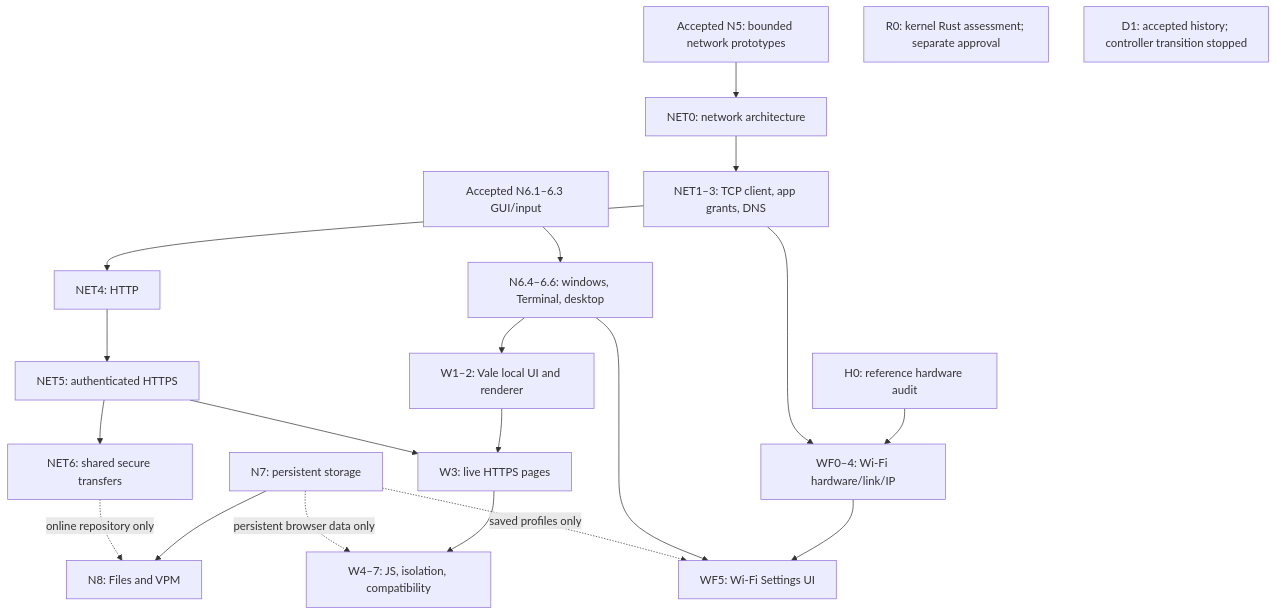
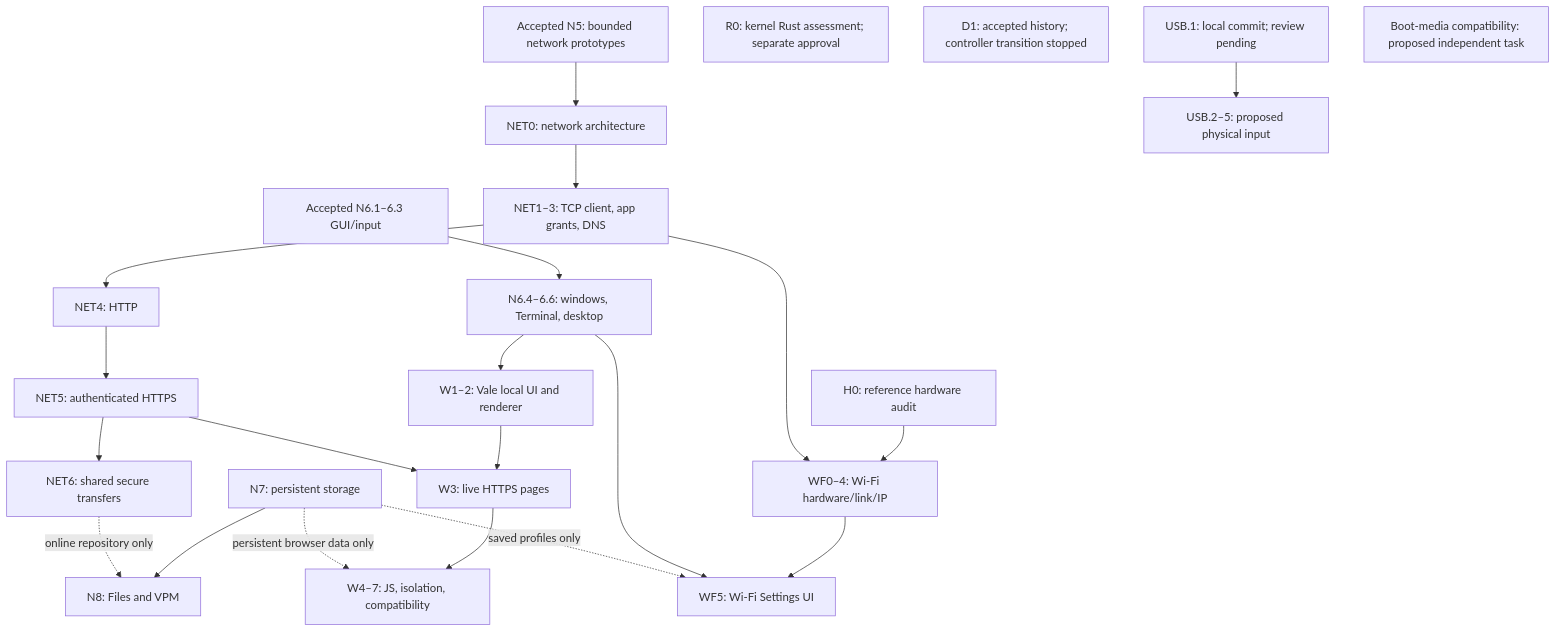
The diagram in docs/plans/MASTER-PLAN.md (veasnawt/vos), drawn with Mermaid before and after one commit. The commit also changed other lines of this file and 1 other file, not shown here.

First line of the commit message:
docs: clarify USB, boot-media and Rust migration priorities

````diff
--- a/docs/plans/MASTER-PLAN.md
+++ b/docs/plans/MASTER-PLAN.md
@@ -569,23 +640,25 @@
 ```mermaid
 flowchart TD
   N5["Accepted N5: bounded network prototypes"] --> NET0["NET0: network architecture"]
   NET0 --> NET1["NET1–3: TCP client, app grants, DNS"]
   NET1 --> NET4["NET4: HTTP"]
   NET4 --> NET5["NET5: authenticated HTTPS"]
   N63["Accepted N6.1–6.3 GUI/input"] --> N64["N6.4–6.6: windows, Terminal, desktop"]
   N64 --> W1["W1–2: Vale local UI and renderer"]
   W1 --> W3["W3: live HTTPS pages"]
   NET5 --> W3
   W3 --> W4["W4–7: JS, isolation, compatibility"]
   N7["N7: persistent storage"] -. "persistent browser data only" .-> W4
   N7 --> N8["N8: Files and VPM"]
   NET5 --> NET6["NET6: shared secure transfers"]
   NET6 -. "online repository only" .-> N8
   H0["H0: reference hardware audit"] --> WF["WF0–4: Wi-Fi hardware/link/IP"]
   NET1 --> WF
   WF --> WIFIUI["WF5: Wi-Fi Settings UI"]
   N64 --> WIFIUI
   N7 -. "saved profiles only" .-> WIFIUI
   R0["R0: kernel Rust assessment; separate approval"]
   D1["D1: accepted history; controller transition stopped"]
+  USB1["USB.1: local commit; review pending"] --> USBNEXT["USB.2–5: proposed physical input"]
+  BOOT["Boot-media compatibility: proposed independent task"]
 ```
````
